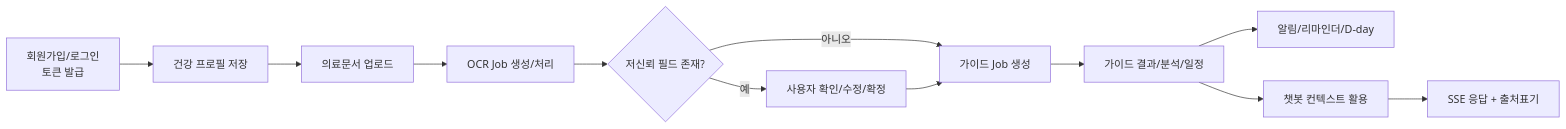
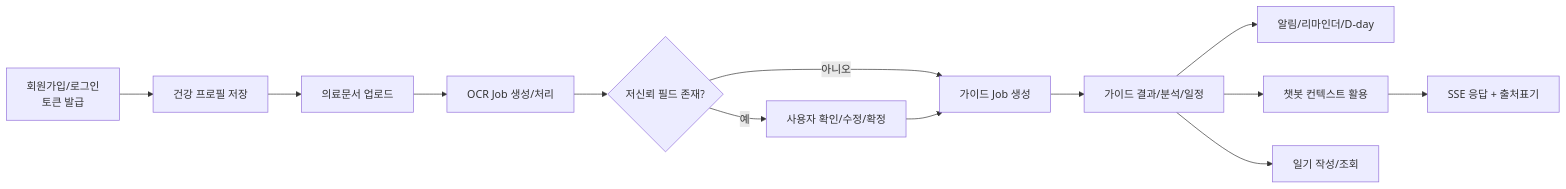
The diagram in docs/SWIMLANE_4인_역할분담.md (AI-HealthCare-01/AI_01_02), drawn with Mermaid before and after one commit. The commit also changed other lines of this file and 7 other files, not shown here.

````diff
--- a/docs/SWIMLANE_4인_역할분담.md
+++ b/docs/SWIMLANE_4인_역할분담.md
@@ -19,14 +19,15 @@
 ```mermaid
 flowchart LR
     A[회원가입/로그인<br/>토큰 발급] --> B[건강 프로필 저장]
     B --> C[의료문서 업로드]
     C --> D[OCR Job 생성/처리]
     D --> E{저신뢰 필드 존재?}
     E -- 예 --> F[사용자 확인/수정/확정]
     E -- 아니오 --> G[가이드 Job 생성]
     F --> G
     G --> H[가이드 결과/분석/일정]
     H --> I[알림/리마인더/D-day]
     H --> J[챗봇 컨텍스트 활용]
+    H --> L[일기 작성/조회]
     J --> K[SSE 응답 + 출처표기]
 ```
````
